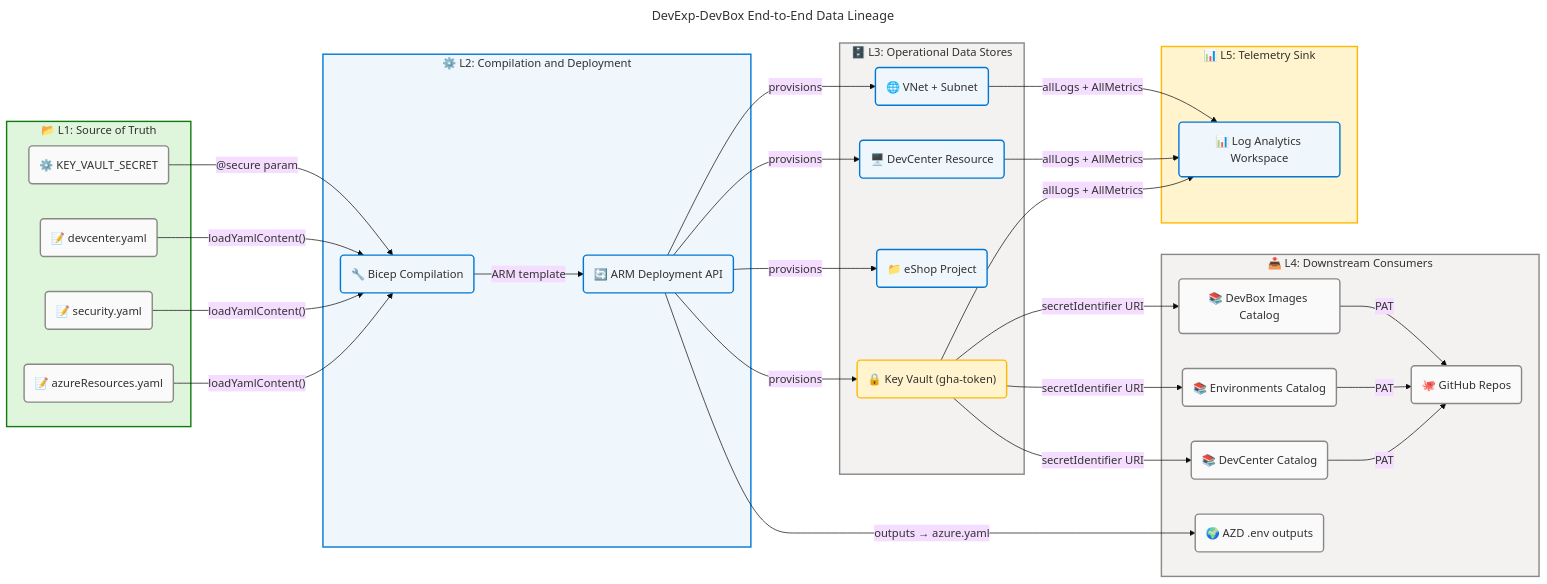
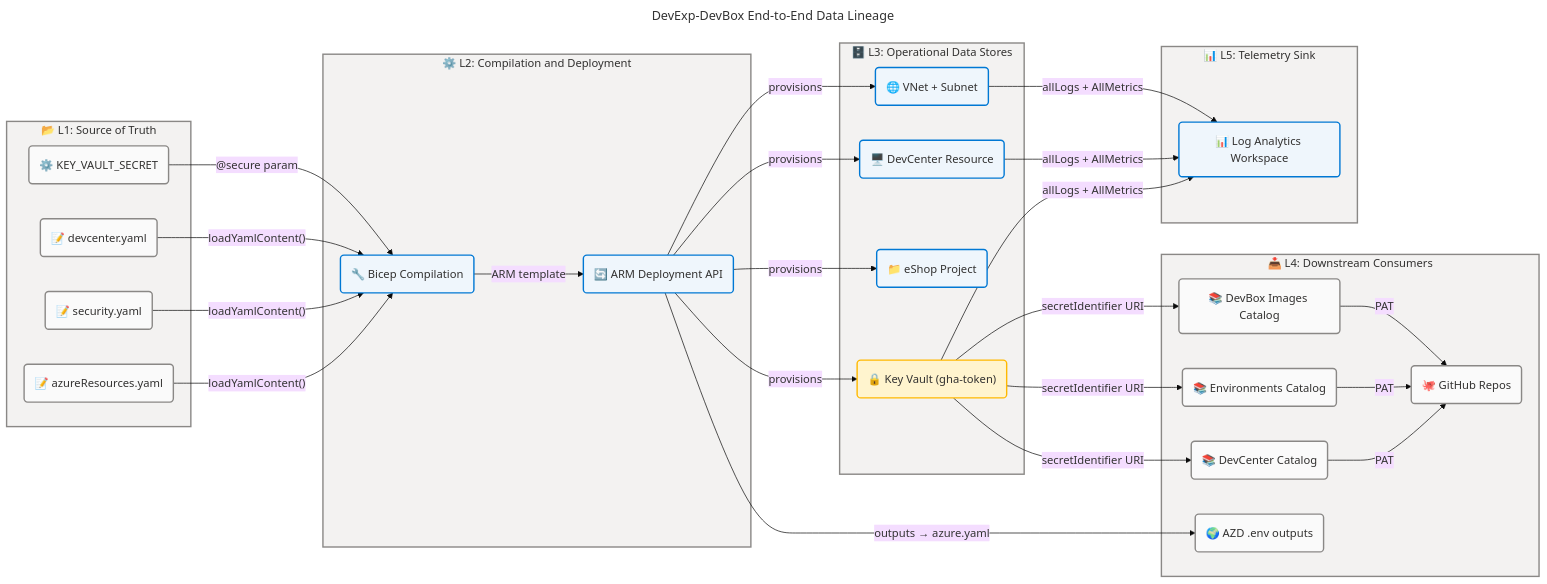
The fifth of 5 diagrams in docs/architecture/data-architecture.md (Evilazaro/DevExp-DevBox), drawn with Mermaid before and after one commit. The commit also changed other lines of this file and 2 other files, not shown here.

Commit message:
refactor: Update Mermaid diagram styles for improved visual consistency across architecture documents

````diff
--- a/docs/architecture/data-architecture.md
+++ b/docs/architecture/data-architecture.md
@@ -1174,9 +1172,9 @@
     classDef neutral fill:#FAFAFA,stroke:#8A8886,stroke-width:2px,color:#323130
 
     %% Subgraph style directives
-    style origin fill:#DFF6DD,stroke:#107C10,stroke-width:2px,color:#323130
-    style transform fill:#EFF6FC,stroke:#0078D4,stroke-width:2px,color:#323130
+    style origin fill:#F3F2F1,stroke:#8A8886,stroke-width:2px,color:#323130
+    style transform fill:#F3F2F1,stroke:#8A8886,stroke-width:2px,color:#323130
     style stores fill:#F3F2F1,stroke:#8A8886,stroke-width:2px,color:#323130
     style consumers fill:#F3F2F1,stroke:#8A8886,stroke-width:2px,color:#323130
-    style telemetry fill:#FFF4CE,stroke:#FFB900,stroke-width:2px,color:#323130
+    style telemetry fill:#F3F2F1,stroke:#8A8886,stroke-width:2px,color:#323130
 ```
````
